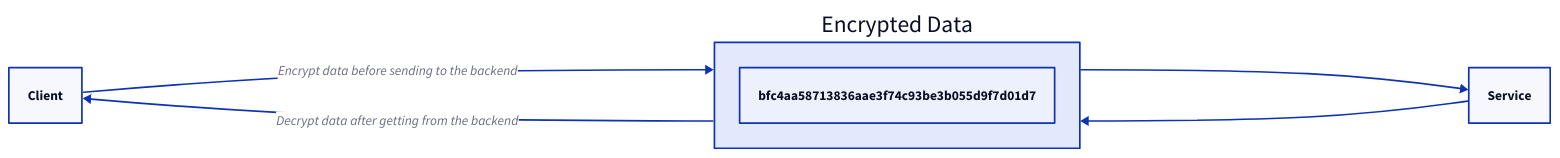
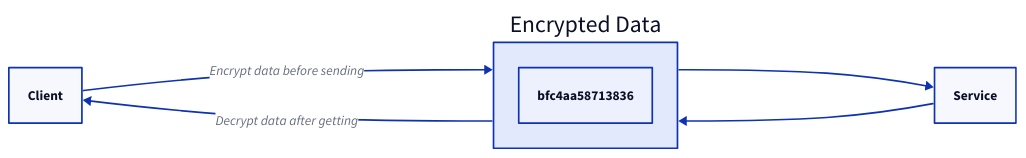
Diagram 11 of 11 in content/docs/system-administration/system-protection/data-security.md (link1905/system-design-101), drawn with D2 before and after one commit. The commit also changed other lines of this file and 4 other files, not shown here.

````diff
--- a/content/docs/system-administration/system-protection/data-security.md
+++ b/content/docs/system-administration/system-protection/data-security.md
@@ -624,23 +585,16 @@
 ```d2
 direction: right
-
 c: Client {
   class: client
 }
-
 s: Service {
-    class: server
+  class: server
 }
-
 ed: Encrypted Data {
-    bfc4aa58713836aae3f74c93be3b055d9f7d01d7
+  bfc4aa58713836
 }
-
-c -> ed: Encrypt data before sending to the backend
-
+c -> ed: Encrypt data before sending
 ed -> s
-
 ed <- s
-
-c <- ed: Decrypt data after getting from the backend
+c <- ed: Decrypt data after getting
 ```
````
